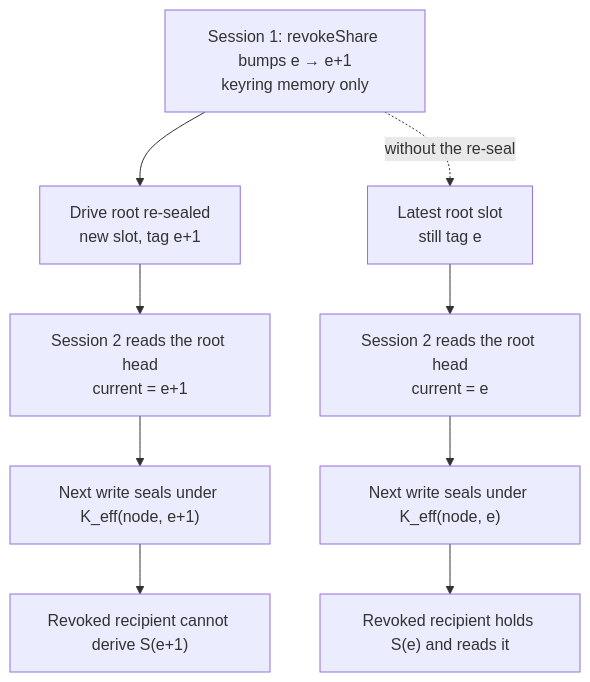
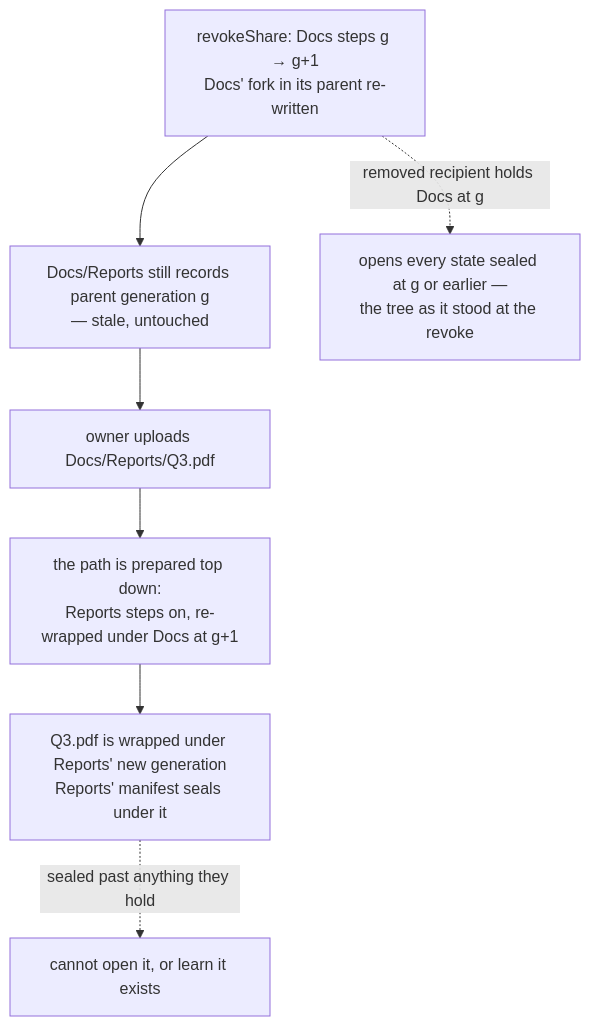
The sixth of 6 diagrams in docs/ACCESS_CONTROL.md (Solar-Punk-Ltd/file-manager-lib), drawn with Mermaid before and after one commit. The commit also changed other lines of this file and 21 other files, not shown here.

Commit message:
feat: revoke rework with node keychain rotations and tests

````diff
--- a/docs/ACCESS_CONTROL.md
+++ b/docs/ACCESS_CONTROL.md
@@ -390,12 +401,9 @@
 ```mermaid
 flowchart TD
-    B["Session 1: revokeShare bumps e → e+1<br/>keyring memory only"]
-    B --> S1["Drive root re-sealed<br/>new slot, tag e+1"]
-    B -. "without the re-seal" .-> X1["Latest root slot<br/>still tag e"]
-    S1 --> S2["Session 2 reads the root head<br/>current = e+1"]
-    X1 --> X2["Session 2 reads the root head<br/>current = e"]
-    S2 --> S3["Next write seals under K_eff(node, e+1)"]
-    X2 --> X3["Next write seals under K_eff(node, e)"]
-    S3 --> S4["Revoked recipient cannot derive S(e+1)"]
-    X3 --> X4["Revoked recipient holds S(e) and reads it"]
+    R["revokeShare: Docs steps g → g+1<br/>Docs' fork in its parent re-written"] --> S["Docs/Reports still records parent generation g<br/>— stale, untouched"]
+    S --> W["owner uploads Docs/Reports/Q3.pdf"]
+    W --> P["the path is prepared top down:<br/>Reports steps on, re-wrapped under Docs at g+1"]
+    P --> N["Q3.pdf is wrapped under Reports' new generation<br/>Reports' manifest seals under it"]
+    R -. "removed recipient holds Docs at g" .-> O["opens every state sealed at g or earlier —<br/>the tree as it stood at the revoke"]
+    N -. "sealed past anything they hold" .-> X["cannot open it, or learn it exists"]
 ```
````
